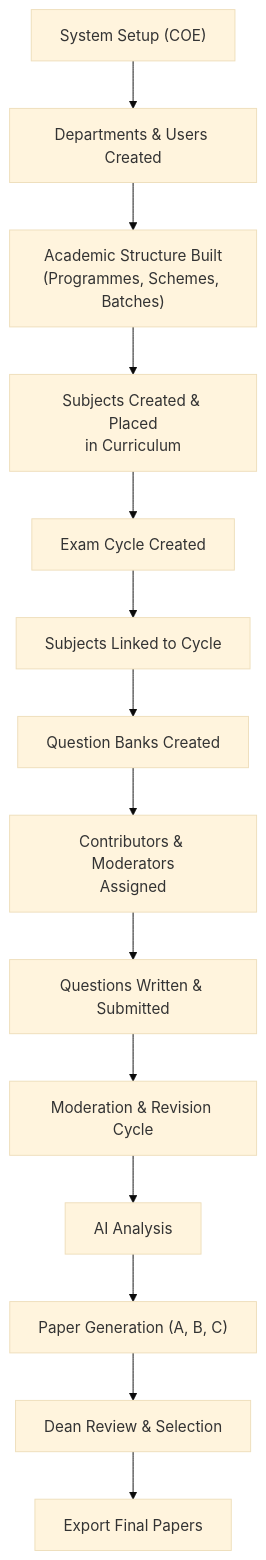
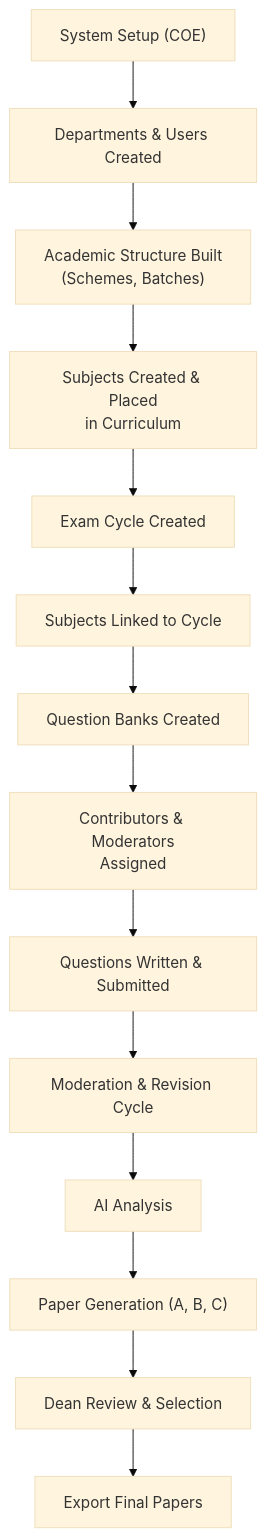
One commit to Newer1107/EMQPGS changed the first of 8 diagrams in docs/system-workflowv2.md. Above: the diagram before and after it, drawn with Mermaid (base theme). The commit also changed other lines of this file and 60 other files, not shown here.

````diff
--- a/docs/system-workflowv2.md
+++ b/docs/system-workflowv2.md
@@ -34,16 +34,16 @@
 ```mermaid
 flowchart TD
     A["System Setup (COE)"] --> B["Departments & Users Created"]
-    B --> C["Academic Structure Built<br/>(Programmes, Schemes, Batches)"]
+    B --> C["Academic Structure Built<br/>(Schemes, Batches)"]
     C --> D["Subjects Created & Placed<br/>in Curriculum"]
     D --> E["Exam Cycle Created"]
     E --> F["Subjects Linked to Cycle"]
     F --> G["Question Banks Created"]
     G --> H["Contributors & Moderators<br/>Assigned"]
     H --> I["Questions Written & Submitted"]
     I --> J["Moderation & Revision Cycle"]
     J --> K["AI Analysis"]
     K --> L["Paper Generation (A, B, C)"]
     L --> M["Dean Review & Selection"]
     M --> N["Export Final Papers"]
 ```
````
